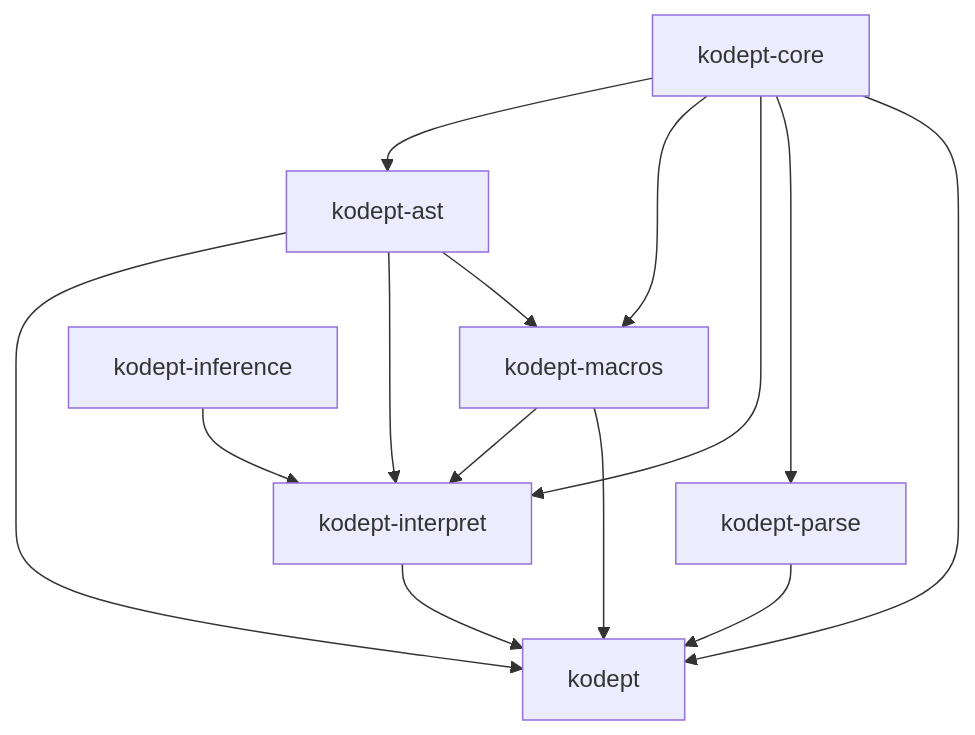
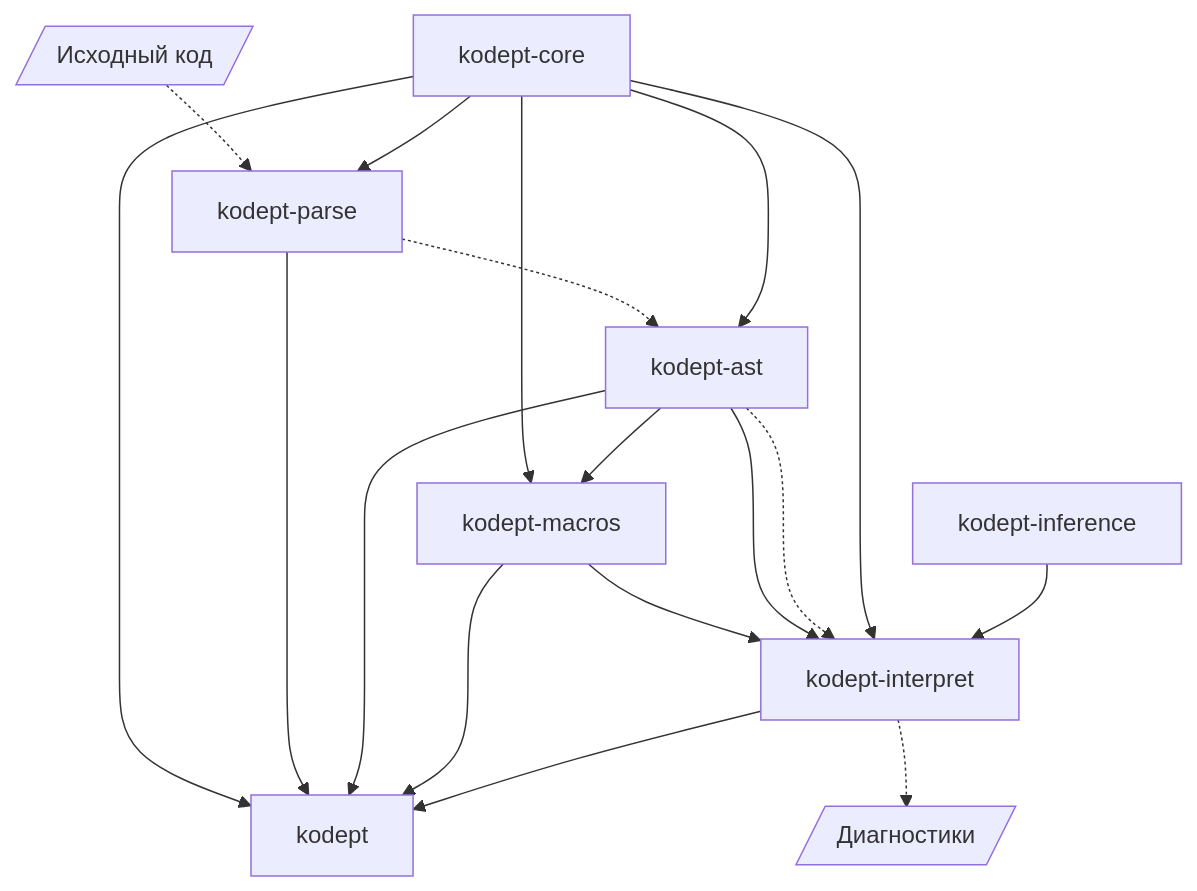
Before and after one commit to ITesserakt/Kodept: the diagram in 01 - Курсовые проекты/2023-2024 - Разр. механизма вывода типов для компилятора языка Kodept/src/mermaid/modules.mmd, drawn with Mermaid. The commit also changed 20 other files, not shown here.

```diff
--- a/01 - Курсовые проекты/2023-2024 - Разр. механизма вывода типов для компилятора языка Kodept/src/mermaid/modules.mmd
+++ b/01 - Курсовые проекты/2023-2024 - Разр. механизма вывода типов для компилятора языка Kodept/src/mermaid/modules.mmd
@@ -1,22 +1,32 @@
 flowchart TD
 ;
     A[kodept-core];
     B[kodept-ast];
     C[kodept-parse];
     D[kodept-macros];
     E[kodept-inference];
     F[kodept-interpret];
     G[kodept];
+
+    IN[/Исходный код/]
+    OUT[/Диагностики/]
+
+    IN -.-> C;
+    C -.-> B;
+
     A --> B;
     A --> D;
+    D --> F;
+    B --> F;
+    B -.-> F;
     A --> F;
     A --> C;
     A --> G;
+    C --> G;
     B --> G;
-    B --> F;
     B --> D;
-    C --> G;
-    D --> F;
     D --> G;
     E --> F;
     F --> G;
+
+    F -.-> OUT;
```
